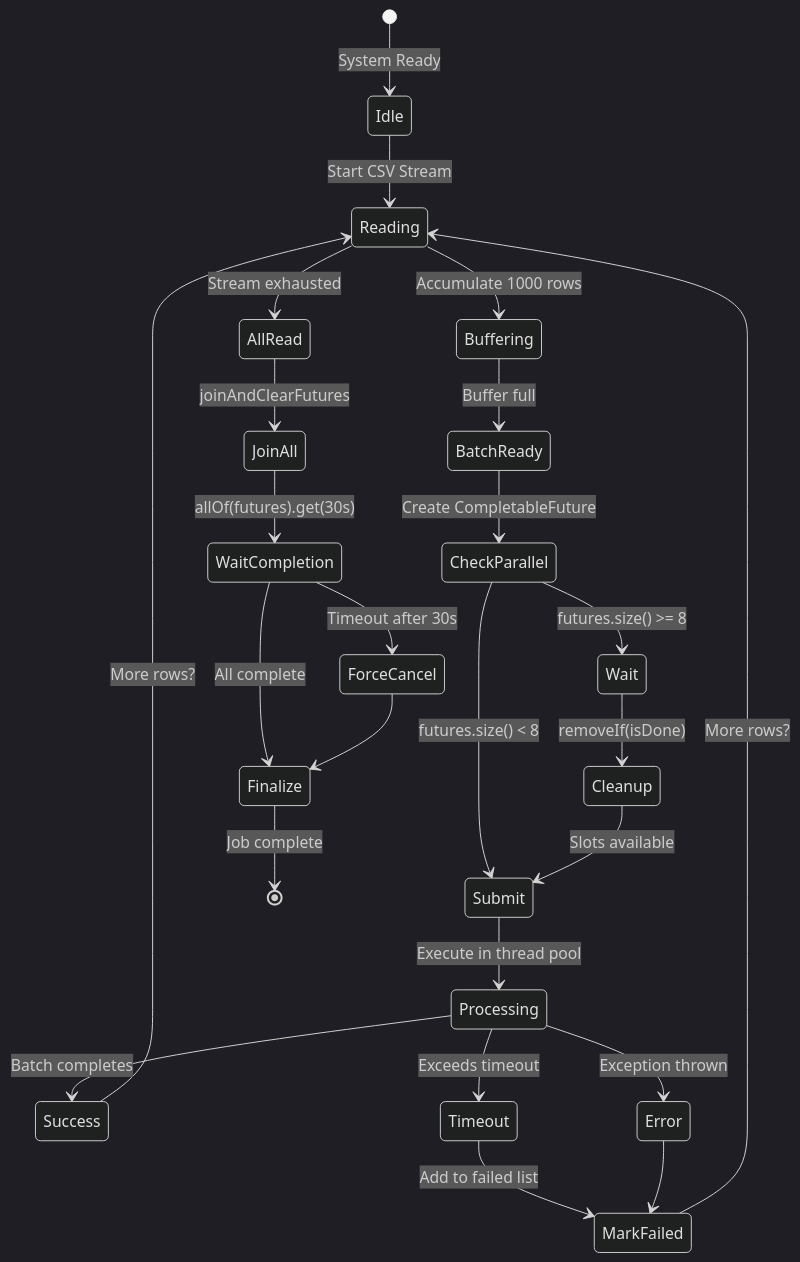
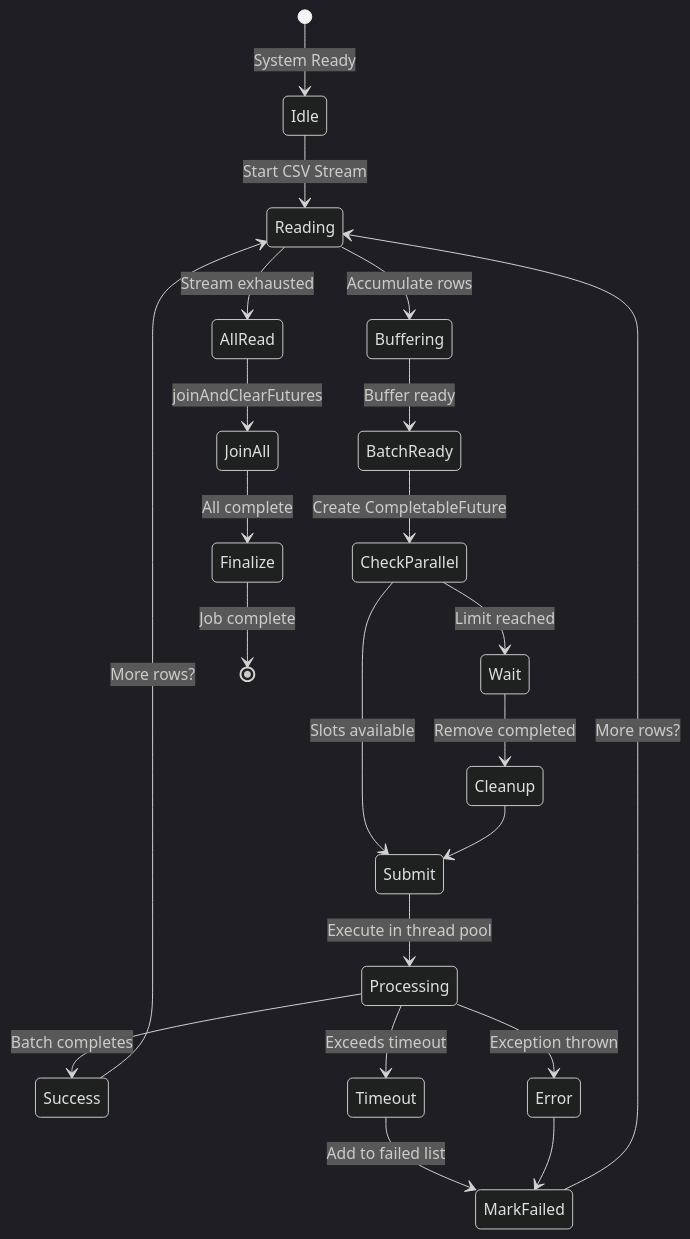
Diagram 20 of 27 in docs/Low Level Designs/NodesImport.md (kagit00/schedule_x), drawn with Mermaid (dark theme) before and after one commit. The commit also changed other lines of this file and 7 other files, not shown here.

````diff
--- a/docs/Low Level Designs/NodesImport.md
+++ b/docs/Low Level Designs/NodesImport.md
@@ -999,41 +836,36 @@
 ```mermaid
 stateDiagram-v2
     [*] --> Idle: System Ready
     
     Idle --> Reading: Start CSV Stream
     
-    Reading --> Buffering: Accumulate 1000 rows
-    Buffering --> BatchReady: Buffer full
+    Reading --> Buffering: Accumulate rows
+    Buffering --> BatchReady: Buffer ready
     
     BatchReady --> CheckParallel: Create CompletableFuture
     
-    CheckParallel --> Submit: futures.size() < 8
-    CheckParallel --> Wait: futures.size() >= 8
+    CheckParallel --> Submit: Slots available
+    CheckParallel --> Wait: Limit reached
     
-    Wait --> Cleanup: removeIf(isDone)
-    Cleanup --> Submit: Slots available
+    Wait --> Cleanup: Remove completed
+    Cleanup --> Submit
     
     Submit --> Processing: Execute in thread pool
     
     Processing --> Success: Batch completes
     Processing --> Timeout: Exceeds timeout
     Processing --> Error: Exception thrown
     
     Success --> Reading: More rows?
     Timeout --> MarkFailed: Add to failed list
     Error --> MarkFailed
     
     MarkFailed --> Reading: More rows?
     
     Reading --> AllRead: Stream exhausted
     AllRead --> JoinAll: joinAndClearFutures
     
-    JoinAll --> WaitCompletion: allOf(futures).get(30s)
-    
-    WaitCompletion --> Finalize: All complete
-    WaitCompletion --> ForceCancel: Timeout after 30s
-    
-    ForceCancel --> Finalize
+    JoinAll --> Finalize: All complete
     
     Finalize --> [*]: Job complete
 ```
````
